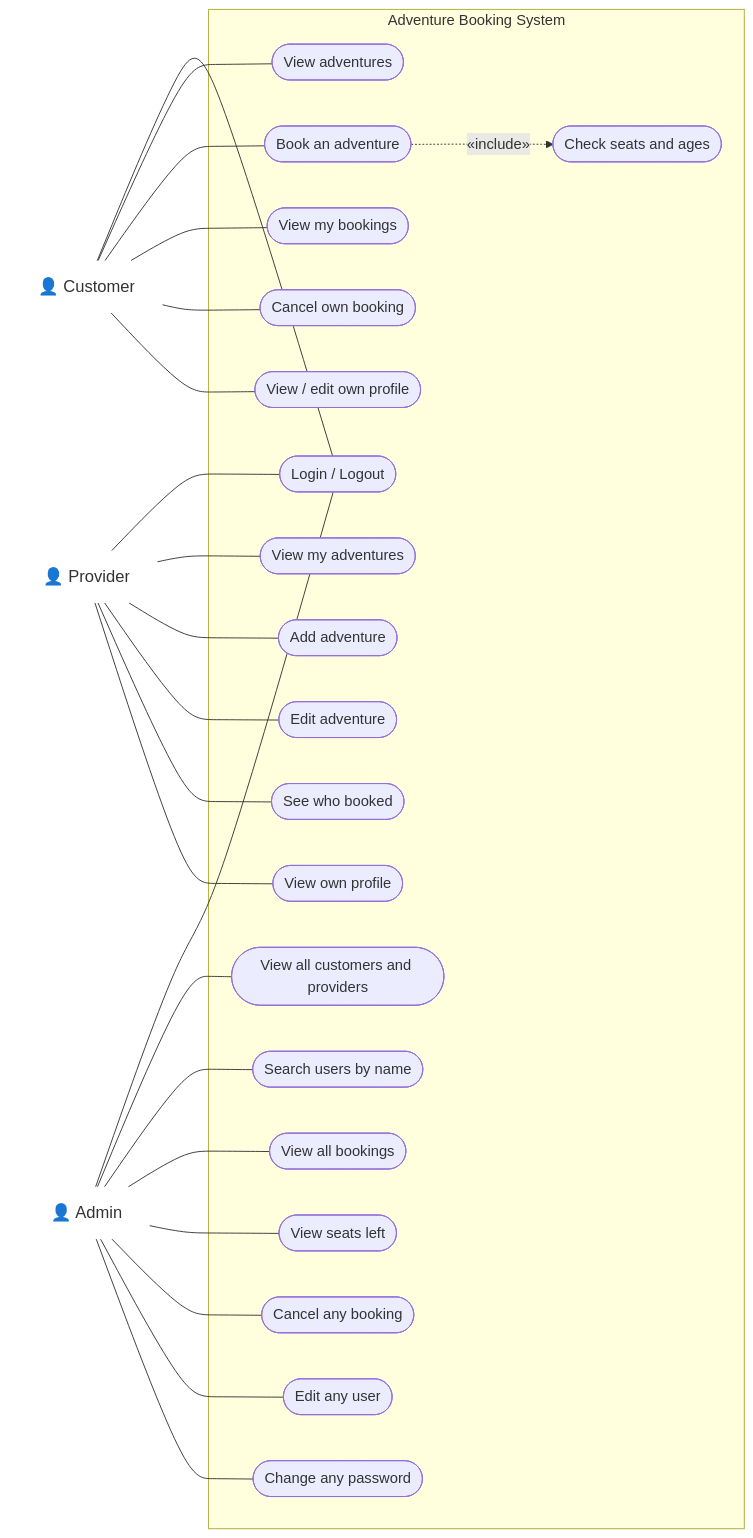
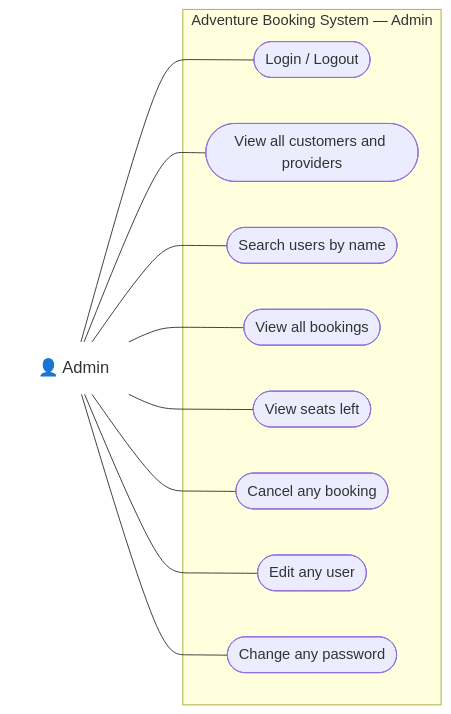
The third of 3 diagrams in docs/use-case-diagram.md (sakshamagrawalcode-cpu/adventure-booking-system), drawn with Mermaid before and after one commit. The commit also changed other lines of this file and 24 other files, not shown here.

Commit message:
Simplified version: shared data files, syllabus topics, UML diagrams, documents

````diff
--- a/docs/use-case-diagram.md
+++ b/docs/use-case-diagram.md
@@ -6,58 +67,27 @@
 ```mermaid
 flowchart LR
-    customer["👤 Customer"]
-    provider["👤 Provider"]
-    admin["👤 Admin"]
+    actor["👤 Admin"]
 
-    subgraph system["Adventure Booking System"]
+    subgraph system["Adventure Booking System — Admin"]
         login(["Login / Logout"])
-
-        viewAdv(["View adventures"])
-        book(["Book an adventure"])
-        checks(["Check seats and ages"])
-        myBookings(["View my bookings"])
-        cancelOwn(["Cancel own booking"])
-        custProfile(["View / edit own profile"])
-
-        myAdv(["View my adventures"])
-        addAdv(["Add adventure"])
-        editAdv(["Edit adventure"])
-        bookers(["See who booked"])
-        provProfile(["View own profile"])
-
         allUsers(["View all customers and providers"])
         search(["Search users by name"])
         allBookings(["View all bookings"])
         seats(["View seats left"])
         cancelAny(["Cancel any booking"])
         editUser(["Edit any user"])
         password(["Change any password"])
     end
 
-    customer --- login
-    customer --- viewAdv
-    customer --- book
-    customer --- myBookings
-    customer --- cancelOwn
-    customer --- custProfile
-    book -.->|"«include»"| checks
+    actor --- login
+    actor --- allUsers
+    actor --- search
+    actor --- allBookings
+    actor --- seats
+    actor --- cancelAny
+    actor --- editUser
+    actor --- password
 
-    provider --- login
-    provider --- myAdv
-    provider --- addAdv
-    provider --- editAdv
-    provider --- bookers
-    provider --- provProfile
-
-    admin --- login
-    admin --- allUsers
-    admin --- search
-    admin --- allBookings
-    admin --- seats
-    admin --- cancelAny
-    admin --- editUser
-    admin --- password
-
-    classDef actor fill:none,stroke:none,font-size:18px
-    class customer,provider,admin actor
+    classDef actorStyle fill:none,stroke:none,font-size:18px
+    class actor actorStyle
 ```
````
